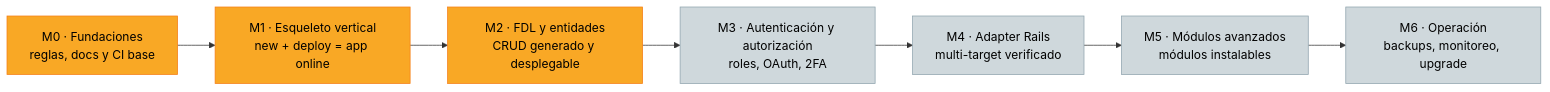
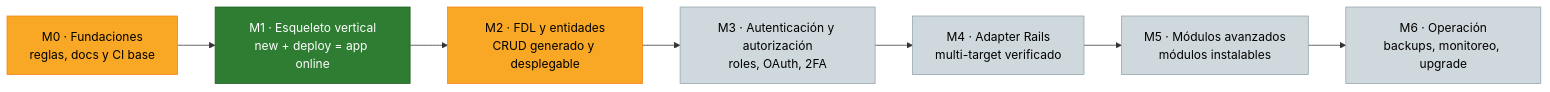
Before and after one commit to dmaure/fractal: the first of 2 diagrams in docs/MAPA_DE_PROGRESO.md, drawn with Mermaid. The commit also changed other lines of this file and 7 other files, not shown here.

````diff
--- a/docs/MAPA_DE_PROGRESO.md
+++ b/docs/MAPA_DE_PROGRESO.md
@@ -61,19 +62,20 @@
 ```mermaid
 flowchart LR
     M0["M0 · Fundaciones<br/>reglas, docs y CI base"]
     M1["M1 · Esqueleto vertical<br/>new + deploy = app online"]
     M2["M2 · FDL y entidades<br/>CRUD generado y desplegable"]
     M3["M3 · Autenticación y autorización<br/>roles, OAuth, 2FA"]
     M4["M4 · Adapter Rails<br/>multi-target verificado"]
     M5["M5 · Módulos avanzados<br/>módulos instalables"]
     M6["M6 · Operación<br/>backups, monitoreo, upgrade"]
 
     M0 --> M1 --> M2 --> M3 --> M4 --> M5 --> M6
 
     classDef done fill:#2e7d32,color:#fff,stroke:#1b5e20;
     classDef curso fill:#f9a825,color:#000,stroke:#f57f17;
     classDef pend fill:#cfd8dc,color:#000,stroke:#90a4ae;
 
-    class M0,M1,M2 curso;
+    class M1 done;
+    class M0,M2 curso;
     class M3,M4,M5,M6 pend;
 ```
````
